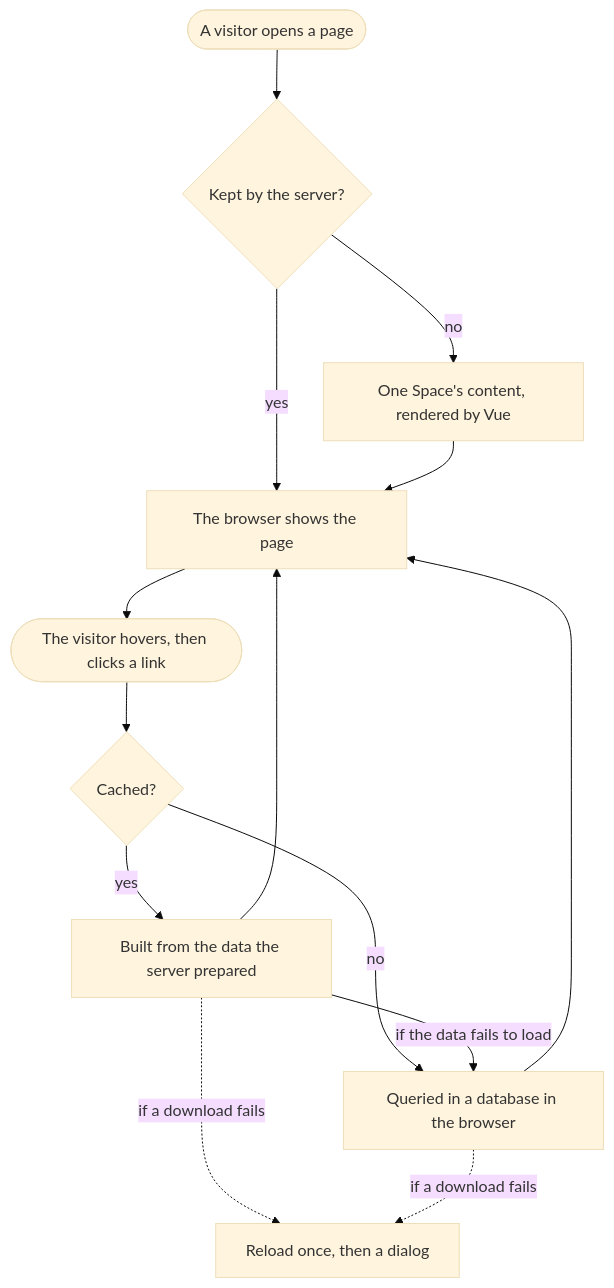
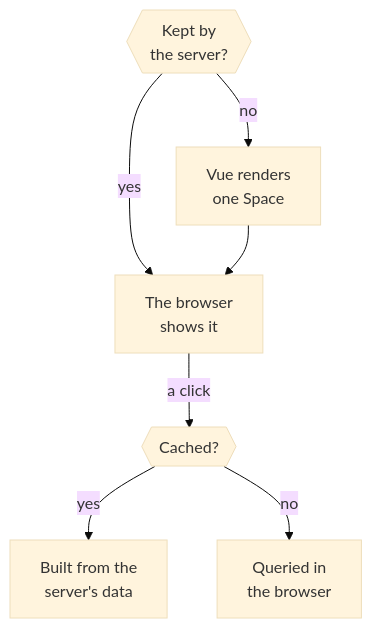
Before and after one commit to feffef/terrarium: the diagram in layers/glassbox/content/guide/pages/walkthroughs/opening-a-page.md, drawn with Mermaid (base theme). The commit also changed other lines of this file and 7 other files, not shown here.

````diff
--- a/layers/glassbox/content/guide/pages/walkthroughs/opening-a-page.md
+++ b/layers/glassbox/content/guide/pages/walkthroughs/opening-a-page.md
@@ -10,16 +10,9 @@
 ```mermaid
 flowchart TD
-  open([A visitor opens a page]) --> kept{Kept by the server?}
-  kept -- no --> render[One Space's content, rendered by Vue]
-  kept -- yes --> shown[The browser shows the page]
+  kept{{"Kept by<br>the server?"}} -- no --> render["Vue renders<br>one Space"]
+  kept -- yes --> shown["The browser<br>shows it"]
   render --> shown
-  shown --> next([The visitor hovers, then clicks a link])
-  next --> cached{Cached?}
-  cached -- yes --> payload[Built from the data the server prepared]
-  cached -- no --> local[Queried in a database in the browser]
-  payload -- if the data fails to load --> local
-  payload --> shown
-  local --> shown
-  payload -. if a download fails .-> reload[Reload once, then a dialog]
-  local -. if a download fails .-> reload
+  shown -- a click --> cached{{Cached?}}
+  cached -- yes --> payload["Built from the<br>server's data"]
+  cached -- no --> local["Queried in<br>the browser"]
 ```
````
